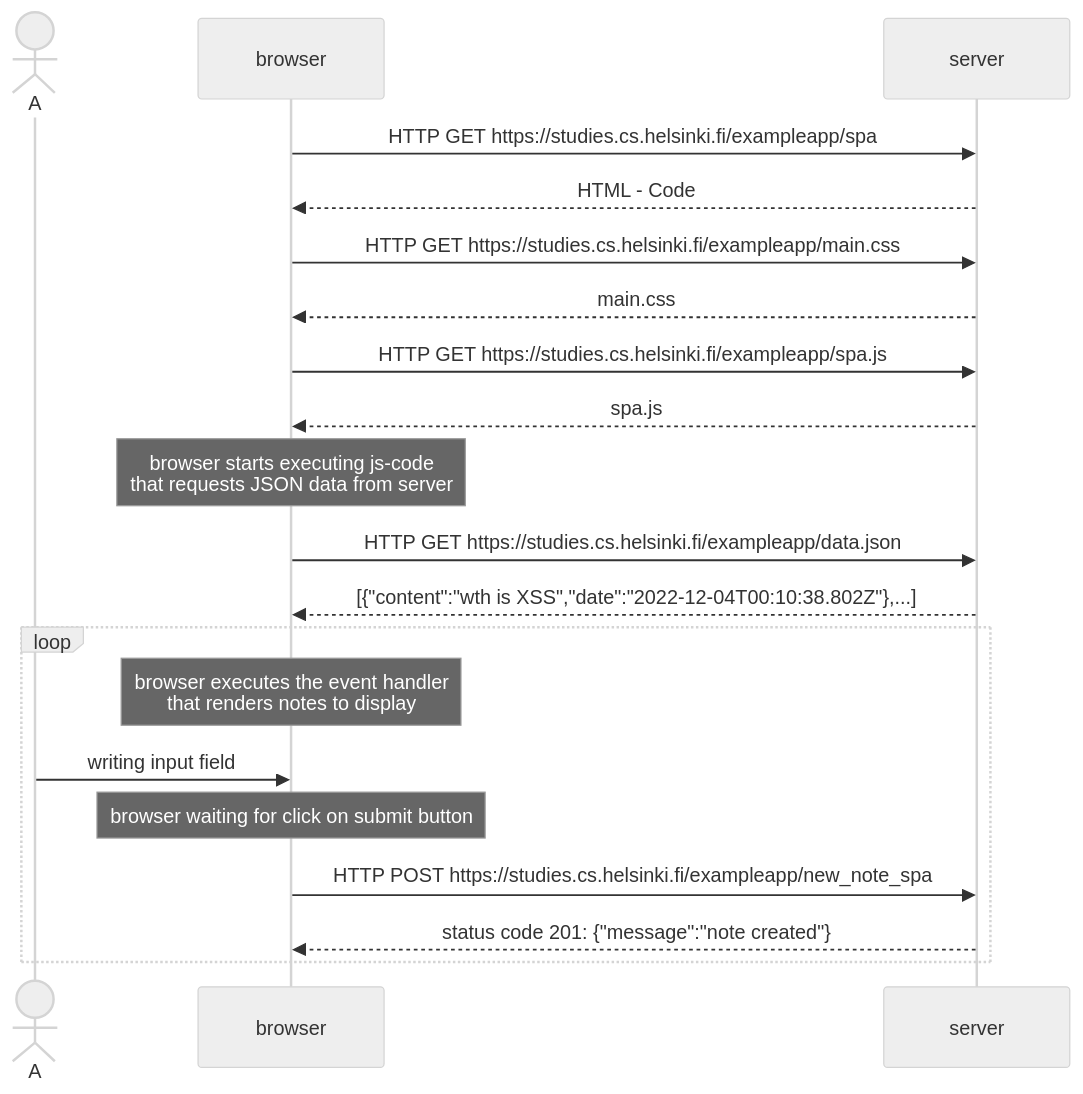
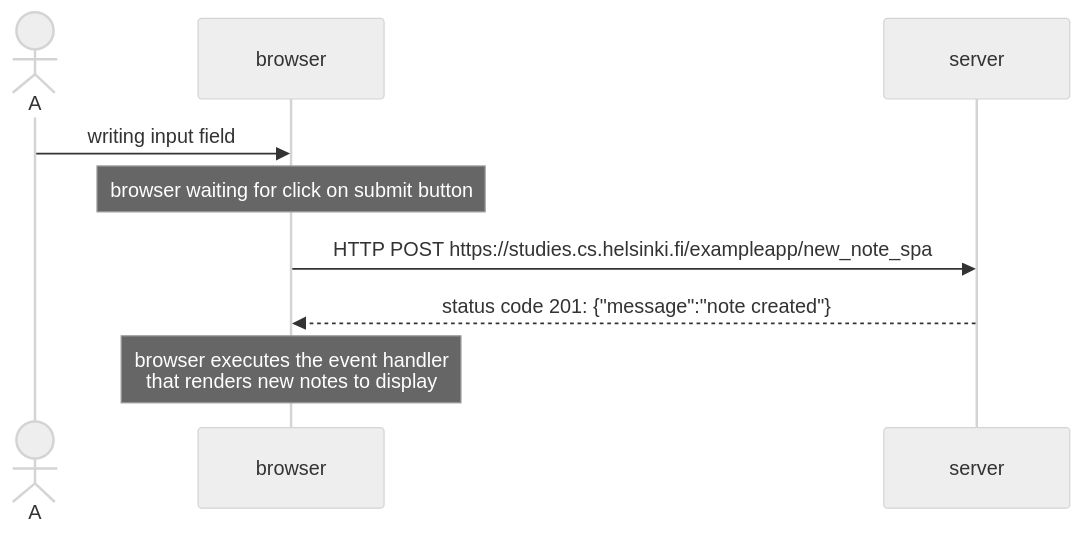
The diagram in Exercise_0_6.md (IoniteMaize17/fullstackopen2022_part0), drawn with Mermaid (neutral theme) before and after one commit.

````diff
--- a/Exercise_0_6.md
+++ b/Exercise_0_6.md
@@ -1,27 +1,13 @@
 ```mermaid
 sequenceDiagram
 
 actor A
-
-browser->>server: HTTP GET https://studies.cs.helsinki.fi/exampleapp/spa
-server-->>browser: HTML - Code
-browser->>server: HTTP GET https://studies.cs.helsinki.fi/exampleapp/main.css
-server-->>browser: main.css
-browser->>server: HTTP GET https://studies.cs.helsinki.fi/exampleapp/spa.js
-server-->>browser: spa.js
-
-note over browser: browser starts executing js-code <br>that requests JSON data from server 
-
-browser->>server: HTTP GET https://studies.cs.helsinki.fi/exampleapp/data.json
-server-->>browser: [{"content":"wth is XSS","date":"2022-12-04T00:10:38.802Z"},...]
-
-loop
-note over browser: browser executes the event handler <br>that renders notes to display
 
 A->>browser: writing input field
 note over browser: browser waiting for click on submit button
 
 browser->>server: HTTP POST https://studies.cs.helsinki.fi/exampleapp/new_note_spa
 server-->>browser: status code 201: {"message":"note created"}
-end
+
+note over browser: browser executes the event handler <br>that renders new notes to display
 ```
````
